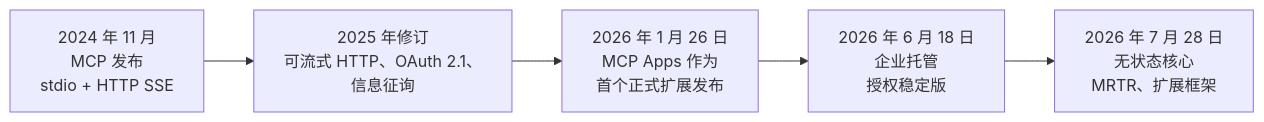
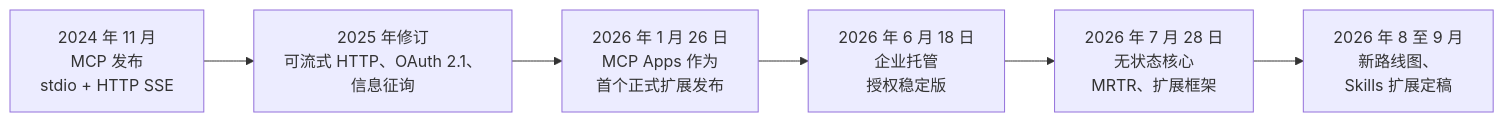
The first of 5 diagrams in 07-agentic-systems/03-tool-use-and-mcp.md (ChiHoc/ai-system-design-guide-zh), drawn with Mermaid before and after one commit. The commit also changed other lines of this file and 149 other files, not shown here.

````diff
--- a/07-agentic-systems/03-tool-use-and-mcp.md
+++ b/07-agentic-systems/03-tool-use-and-mcp.md
@@ -127,7 +137,8 @@
 ```mermaid
 flowchart LR
     A[2024 年 11 月<br>MCP 发布<br>stdio + HTTP SSE] --> B[2025 年修订<br>可流式 HTTP、OAuth 2.1、<br>信息征询]
     B --> C[2026 年 1 月 26 日<br>MCP Apps 作为<br>首个正式扩展发布]
     C --> D[2026 年 6 月 18 日<br>企业托管<br>授权稳定版]
     D --> E[2026 年 7 月 28 日<br>无状态核心<br>MRTR、扩展框架]
+    E --> F[2026 年 8 至 9 月<br>新路线图、<br>Skills 扩展定稿]
 ```
````
